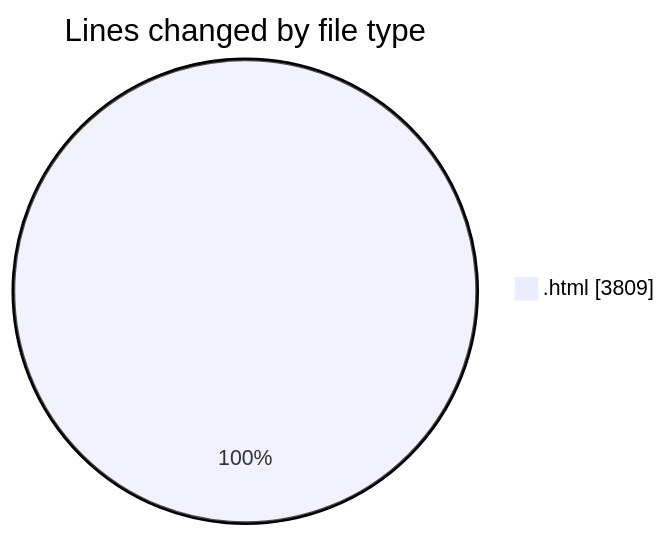
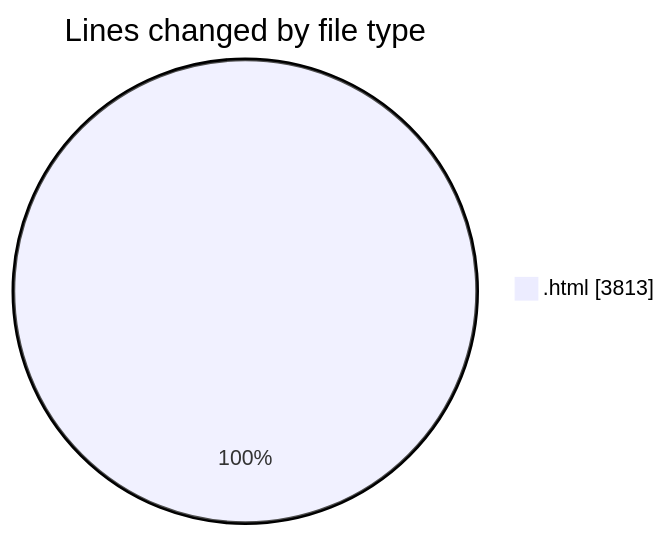
The first of 2 diagrams in 2025-08-10/nxtqube_webapp/README.md (nxtqubesakshisongat/code-tracking), drawn with Mermaid before and after one commit. The commit also changed other lines of this file and 1 other file, not shown here.

````diff
--- a/2025-08-10/nxtqube_webapp/README.md
+++ b/2025-08-10/nxtqube_webapp/README.md
@@ -21,5 +21,5 @@
 ```mermaid
 pie showData
 title Lines changed by file type
-".html" : 3809
+".html" : 3813
 ```
````
